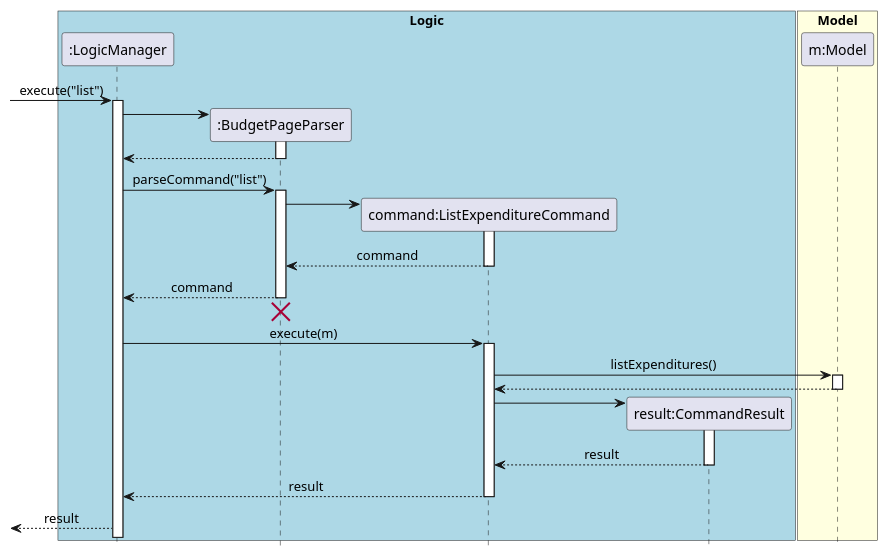
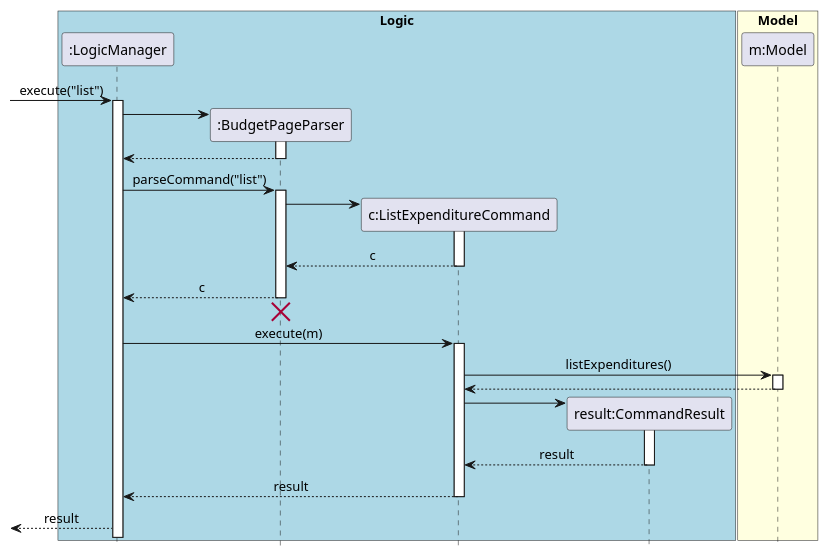
The diagram in docs/diagrams/commandsPlantUML/ListExpenditureCommand.puml (yu-ming-chen/tp), drawn with PlantUML before and after one commit. The commit also changed 9 other files, not shown here.

Commit message:
Fix sequence diagrams

```diff
--- a/docs/diagrams/commandsPlantUML/ListExpenditureCommand.puml
+++ b/docs/diagrams/commandsPlantUML/ListExpenditureCommand.puml
@@ -1,58 +1,58 @@
 @startuml
 hide footbox
 skinparam Sequence {
     MessageAlign center
 }
 box "Logic" #LightBlue
 participant ":LogicManager" as LM
 participant ":BudgetPageParser" as BPP
-participant "command:ListExpenditureCommand" as LEC
+participant "c:ListExpenditureCommand" as LEC
 participant "result:CommandResult" as CR
 end box
 
 box "Model" #LightYellow
 participant "m:Model" as M
 end box
 
 [-> LM : execute("list")
 activate LM
 
 create BPP
 LM -> BPP
 activate BPP
 LM <-- BPP
 deactivate BPP
 
 LM -> BPP : parseCommand("list")
 activate BPP
 
 create LEC
 BPP -> LEC
 activate LEC
-BPP <-- LEC : command
+BPP <-- LEC : c
 deactivate LEC
 
-LM <-- BPP : command
+LM <-- BPP : c
 deactivate BPP
 LM <-[hidden]- BPP
 destroy BPP
 LM -> LEC : execute(m)
 activate LEC
 
 LEC -> M : listExpenditures()
 activate M
 LEC <-- M
 deactivate M
 
 create CR
 LEC -> CR
 activate CR
 LEC <-- CR : result
 deactivate CR
 
 LM <-- LEC : result
 deactivate LEC
 [<-- LM : result
 
 
 @enduml
```
